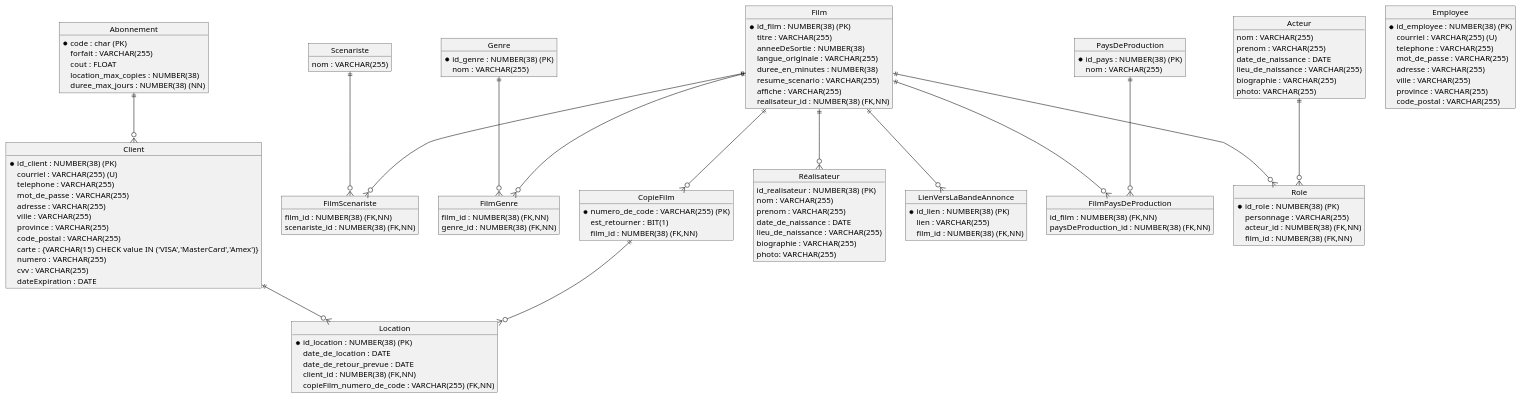
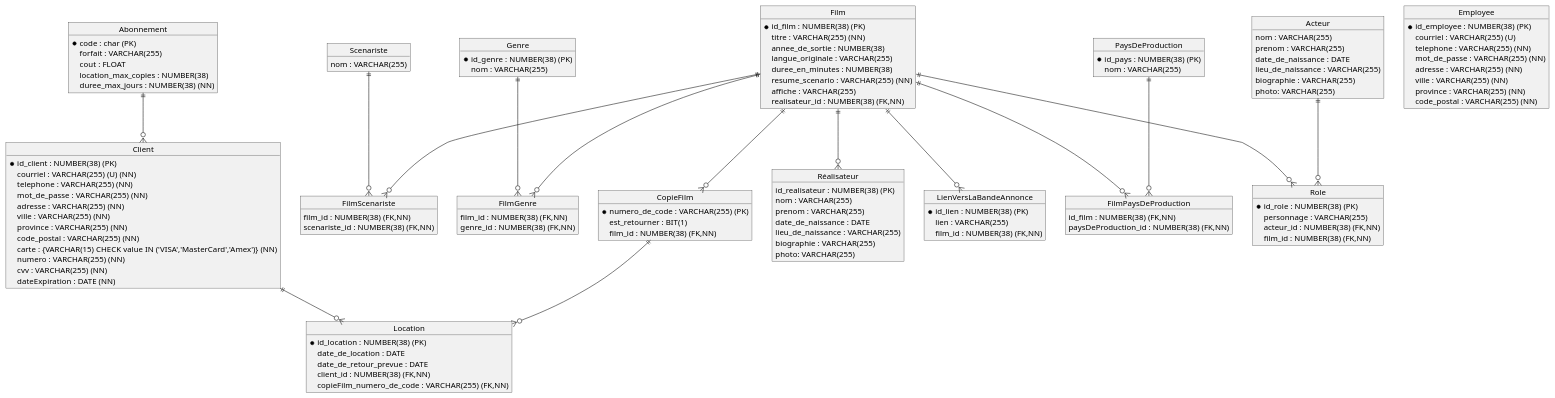
One commit to samihanine/log660-labo1 changed the diagram in schema_relationnel.puml. Above: the diagram before and after it, drawn with PlantUML. The commit also changed 1 other file, not shown here.

Commit message:
refactor: Add missing attributes and constraints to UML class diagram and SQL schema

```diff
--- a/schema_relationnel.puml
+++ b/schema_relationnel.puml
@@ -1,136 +1,136 @@
 @startuml
 object "Client" as Client {
   *id_client : NUMBER(38) (PK)
-  courriel : VARCHAR(255) (U)
-  telephone : VARCHAR(255)
-  mot_de_passe : VARCHAR(255)
-  adresse : VARCHAR(255)
-  ville : VARCHAR(255)
-  province : VARCHAR(255)
-  code_postal : VARCHAR(255)
-  carte : {VARCHAR(15) CHECK value IN ('VISA','MasterCard','Amex')}
-  numero : VARCHAR(255)
-  cvv : VARCHAR(255)
-  dateExpiration : DATE
+  courriel : VARCHAR(255) (U) (NN)
+  telephone : VARCHAR(255) (NN)
+  mot_de_passe : VARCHAR(255) (NN)
+  adresse : VARCHAR(255) (NN)
+  ville : VARCHAR(255) (NN)
+  province : VARCHAR(255) (NN)
+  code_postal : VARCHAR(255) (NN)
+  carte : {VARCHAR(15) CHECK value IN ('VISA','MasterCard','Amex')} (NN)
+  numero : VARCHAR(255) (NN)
+  cvv : VARCHAR(255) (NN)
+  dateExpiration : DATE (NN)
 }
 
 object "Employee" as Employee {
   *id_employee : NUMBER(38) (PK)
   courriel : VARCHAR(255) (U)
-  telephone : VARCHAR(255)
-  mot_de_passe : VARCHAR(255)
-  adresse : VARCHAR(255)
-  ville : VARCHAR(255)
-  province : VARCHAR(255)
-  code_postal : VARCHAR(255)
+  telephone : VARCHAR(255) (NN)
+  mot_de_passe : VARCHAR(255) (NN)
+  adresse : VARCHAR(255) (NN)
+  ville : VARCHAR(255) (NN)
+  province : VARCHAR(255) (NN)
+  code_postal : VARCHAR(255) (NN)
 }
 
 object "Abonnement" as Abonnement {
   *code : char (PK)
   forfait : VARCHAR(255)
   cout : FLOAT
   location_max_copies : NUMBER(38)
   duree_max_jours : NUMBER(38) (NN)
 }
 
 object "Film" as Film {
   *id_film : NUMBER(38) (PK)
-  titre : VARCHAR(255)
-  anneeDeSortie : NUMBER(38)
+  titre : VARCHAR(255) (NN)
+  annee_de_sortie : NUMBER(38)
   langue_originale : VARCHAR(255)
   duree_en_minutes : NUMBER(38)
-  resume_scenario : VARCHAR(255)
+  resume_scenario : VARCHAR(255) (NN)
   affiche : VARCHAR(255)
   realisateur_id : NUMBER(38) (FK,NN)
 }
 
 object "FilmScenariste" as FilmScenariste {
   film_id : NUMBER(38) (FK,NN)
   scenariste_id : NUMBER(38) (FK,NN)
 }
 
 object "Scenariste" as Scenariste {
   nom : VARCHAR(255)
 }
 
 object "FilmGenre" as FilmGenre {
   film_id : NUMBER(38) (FK,NN)
   genre_id : NUMBER(38) (FK,NN)
 }
 
 object "Genre" as Genre {
   *id_genre : NUMBER(38) (PK)
   nom : VARCHAR(255)
 }
 
 object "Acteur" as Acteur {
   nom : VARCHAR(255)
   prenom : VARCHAR(255)
   date_de_naissance : DATE
   lieu_de_naissance : VARCHAR(255)
   biographie : VARCHAR(255)
   photo: VARCHAR(255)
 }
 
 object "FilmPaysDeProduction" as FilmPaysDeProduction {
   id_film : NUMBER(38) (FK,NN)
   paysDeProduction_id : NUMBER(38) (FK,NN)
 }
 
 object "PaysDeProduction" as PaysDeProduction {
   *id_pays : NUMBER(38) (PK)
   nom : VARCHAR(255)
 }
 
 object "Role" as Role {
   *id_role : NUMBER(38) (PK)
   personnage : VARCHAR(255)
   acteur_id : NUMBER(38) (FK,NN)
   film_id : NUMBER(38) (FK,NN)
 }
 
 object "Réalisateur" as Réalisateur {
   id_realisateur : NUMBER(38) (PK)
   nom : VARCHAR(255)
   prenom : VARCHAR(255)
   date_de_naissance : DATE
   lieu_de_naissance : VARCHAR(255)
   biographie : VARCHAR(255)
   photo: VARCHAR(255)
 }
 
 object "CopieFilm" as CopieFilm {
   *numero_de_code : VARCHAR(255) (PK)
   est_retourner : BIT(1) 
   film_id : NUMBER(38) (FK,NN)
 }
 
 object "Location" as Location {
   *id_location : NUMBER(38) (PK)
   date_de_location : DATE
   date_de_retour_prevue : DATE
   client_id : NUMBER(38) (FK,NN)
   copieFilm_numero_de_code : VARCHAR(255) (FK,NN)
 }
 
 object "LienVersLaBandeAnnonce" as LienVersLaBandeAnnonce {
   *id_lien : NUMBER(38) (PK)
   lien : VARCHAR(255)
   film_id : NUMBER(38) (FK,NN)
 }
 
 Client ||--o{ Location
 Film ||--o{ Role
 Film ||--o{ Réalisateur
 Film ||--o{ CopieFilm
 CopieFilm ||--o{ Location
 Acteur ||--o{ Role
 Film ||--o{ LienVersLaBandeAnnonce
 Film ||--o{ FilmScenariste
 Scenariste ||--o{ FilmScenariste
 Genre ||--o{ FilmGenre
 Film ||--o{ FilmPaysDeProduction
 PaysDeProduction ||--o{ FilmPaysDeProduction
 Abonnement ||--o{ Client
 Film ||--o{ FilmGenre
 @enduml
```
